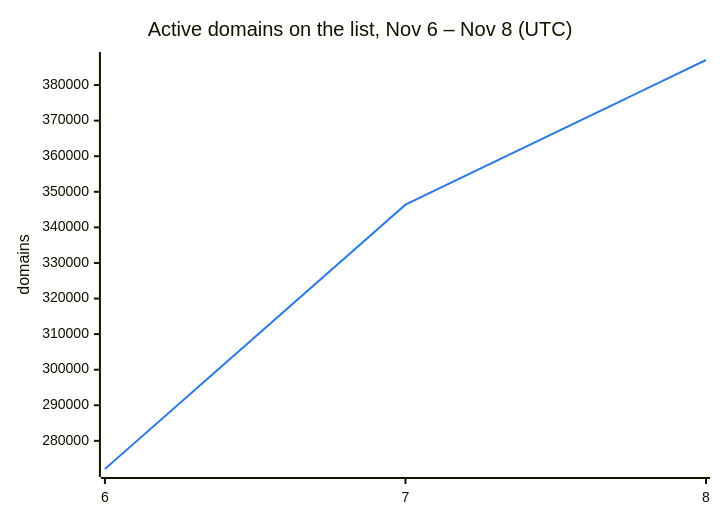
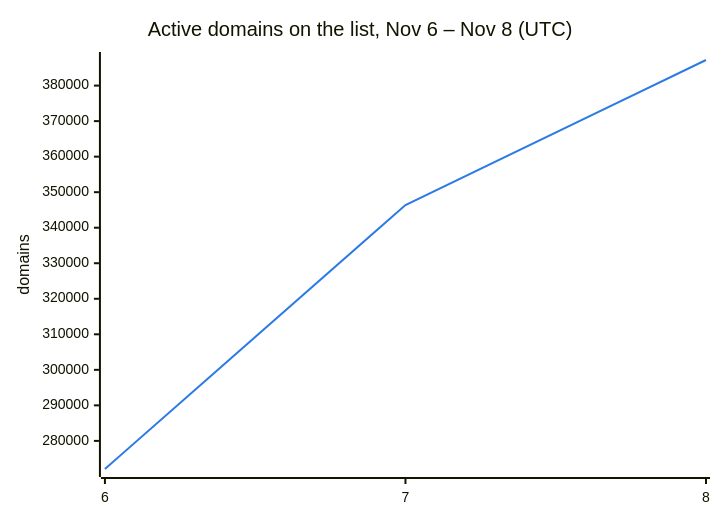
Before and after one commit to DNSBunker/CTI: the second of 3 diagrams in README.md, drawn with Mermaid. The commit also changed other lines of this file and 3 other files, not shown here.

````diff
--- a/README.md
+++ b/README.md
@@ -38,8 +38,8 @@
 ```mermaid
 %%{init: {"themeVariables": {"xyChart": {"plotColorPalette": "#2c7be5"}}}}%%
 xychart-beta
     title "Active domains on the list, Nov 6 – Nov 8 (UTC)"
     x-axis ["6", "7", "8"]
     y-axis "domains"
-    line [272088, 346388, 387045]
+    line [272088, 346388, 387204]
 ```
````
